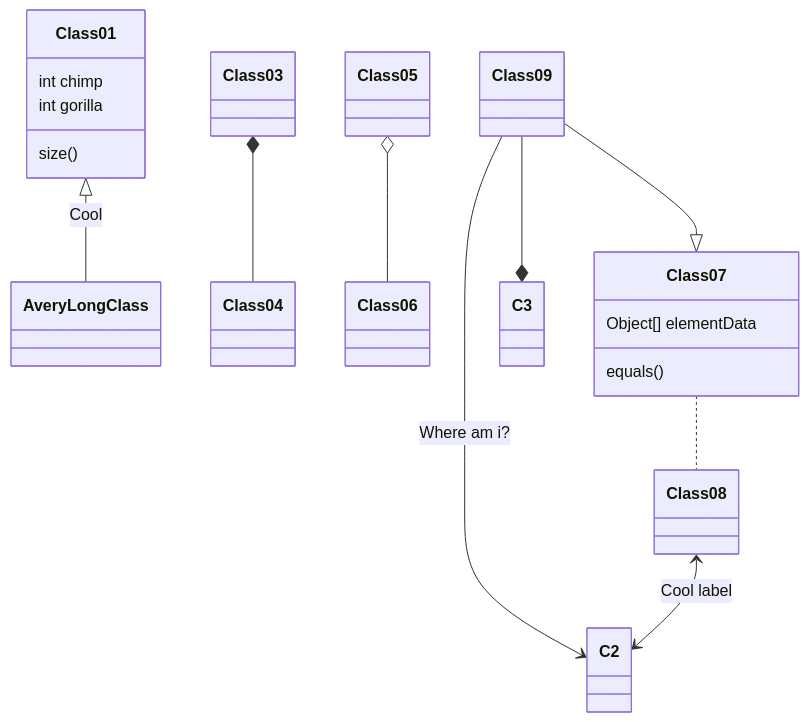
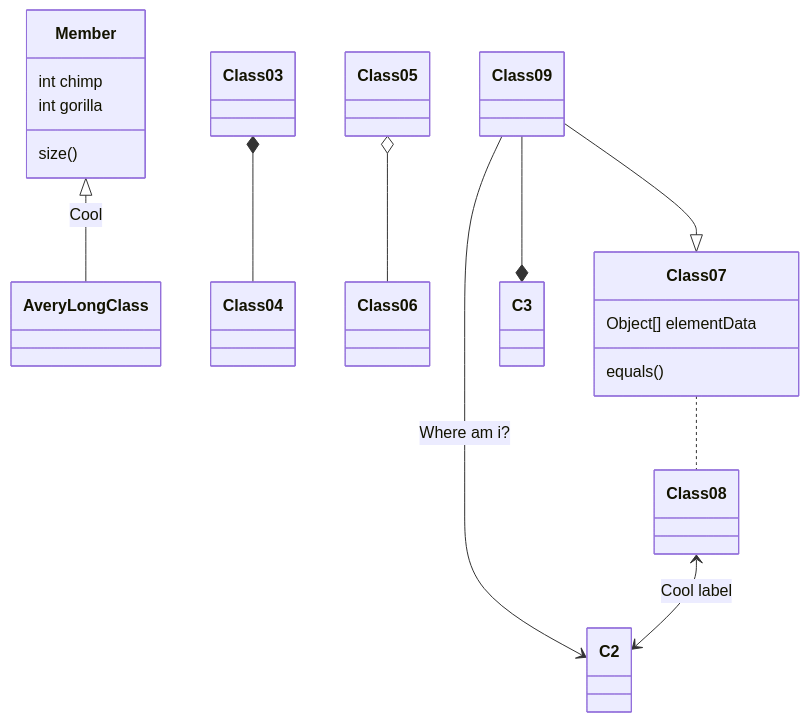
One commit to FABallemand/ProjetDeveloppementWeb changed the first of 3 diagrams in README.md. Above: the diagram before and after it, drawn with Mermaid.

Commit message:
Test UML diagram #6

````diff
--- a/README.md
+++ b/README.md
@@ -3,16 +3,16 @@
 ```mermaid
 classDiagram
-Class01 <|-- AveryLongClass : Cool
+Member <|-- AveryLongClass : Cool
 Class03 *-- Class04
 Class05 o-- Class06
 Class07 .. Class08
 Class09 --> C2 : Where am i?
 Class09 --* C3
 Class09 --|> Class07
 Class07 : equals()
 Class07 : Object[] elementData
-Class01 : size()
-Class01 : int chimp
-Class01 : int gorilla
+Member : size()
+Member : int chimp
+Member : int gorilla
 Class08 <--> C2: Cool label
 ```
````
